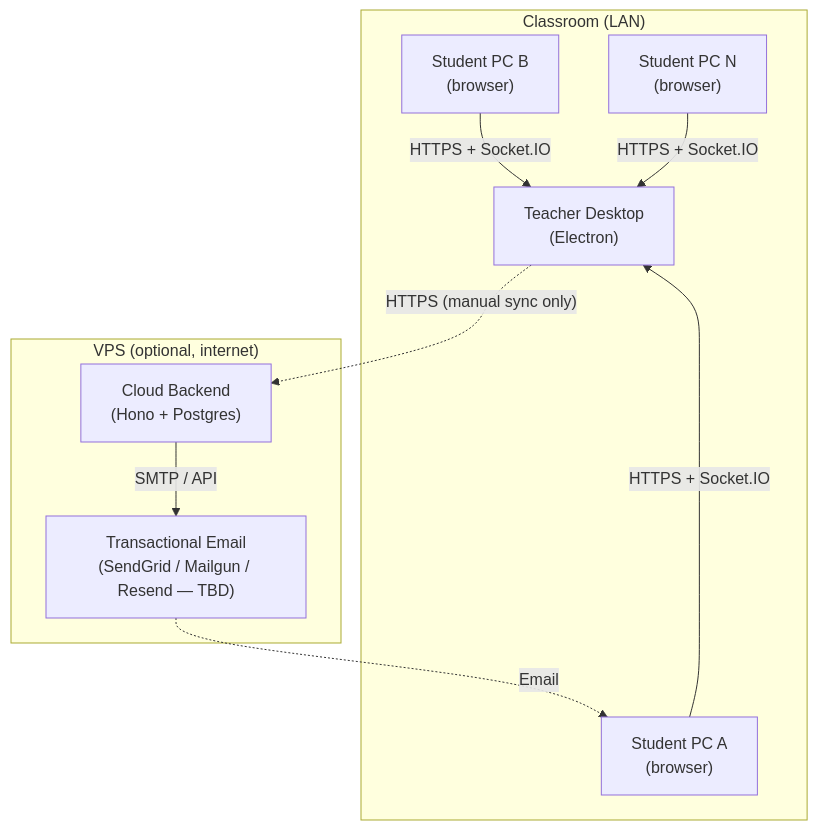
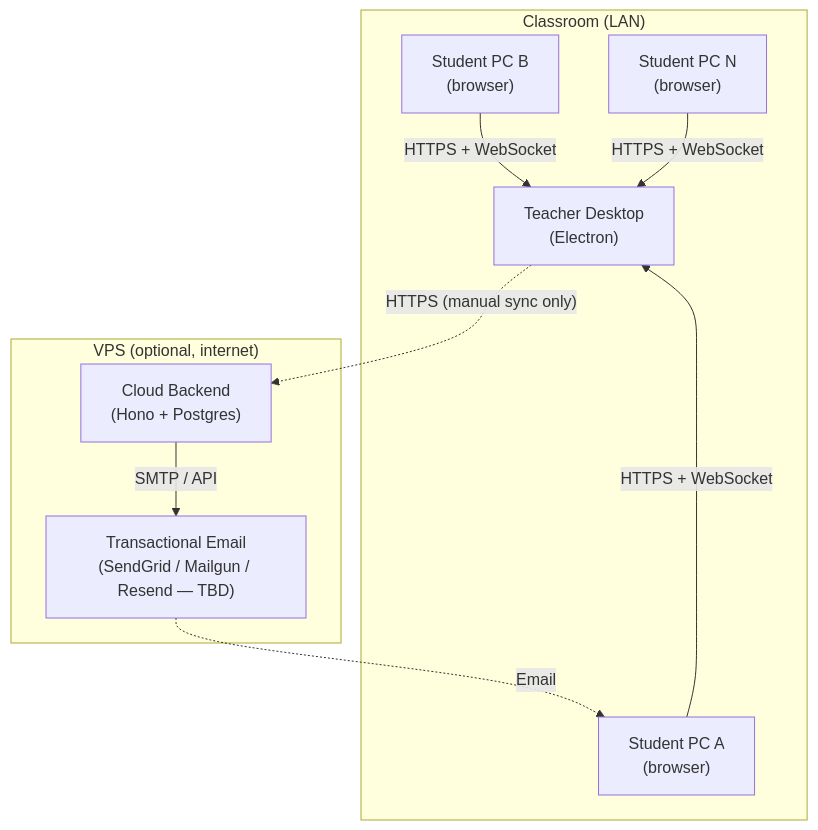
The first of 7 diagrams in docs/architecture.md (Eliezir/OfflineClass), drawn with Mermaid before and after one commit. The commit also changed other lines of this file and 3 other files, not shown here.

Commit message:
docs: update architectural and technical specs to match codebase implementation

````diff
--- a/docs/architecture.md
+++ b/docs/architecture.md
@@ -36,22 +36,22 @@
 ```mermaid
 graph TD
   subgraph Classroom["Classroom (LAN)"]
     Desktop["Teacher Desktop<br/>(Electron)"]
     StudentA["Student PC A<br/>(browser)"]
     StudentB["Student PC B<br/>(browser)"]
     StudentN["Student PC N<br/>(browser)"]
   end
 
   subgraph VPS["VPS (optional, internet)"]
     Cloud["Cloud Backend<br/>(Hono + Postgres)"]
     Email["Transactional Email<br/>(SendGrid / Mailgun / Resend — TBD)"]
   end
 
-  StudentA -- "HTTPS + Socket.IO" --> Desktop
-  StudentB -- "HTTPS + Socket.IO" --> Desktop
-  StudentN -- "HTTPS + Socket.IO" --> Desktop
+  StudentA -- "HTTPS + WebSocket" --> Desktop
+  StudentB -- "HTTPS + WebSocket" --> Desktop
+  StudentN -- "HTTPS + WebSocket" --> Desktop
 
   Desktop -. "HTTPS (manual sync only)" .-> Cloud
   Cloud -- "SMTP / API" --> Email
   Email -. "Email" .-> StudentA
 ```
````
